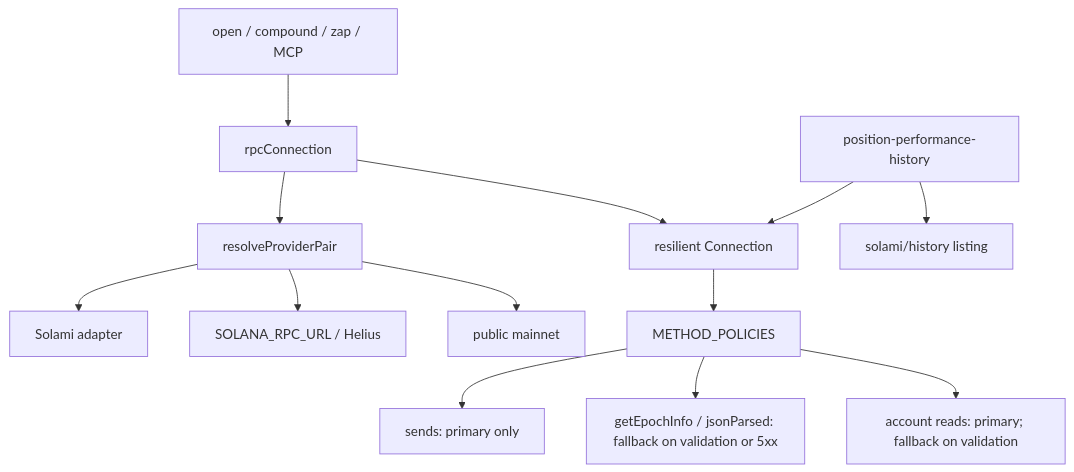
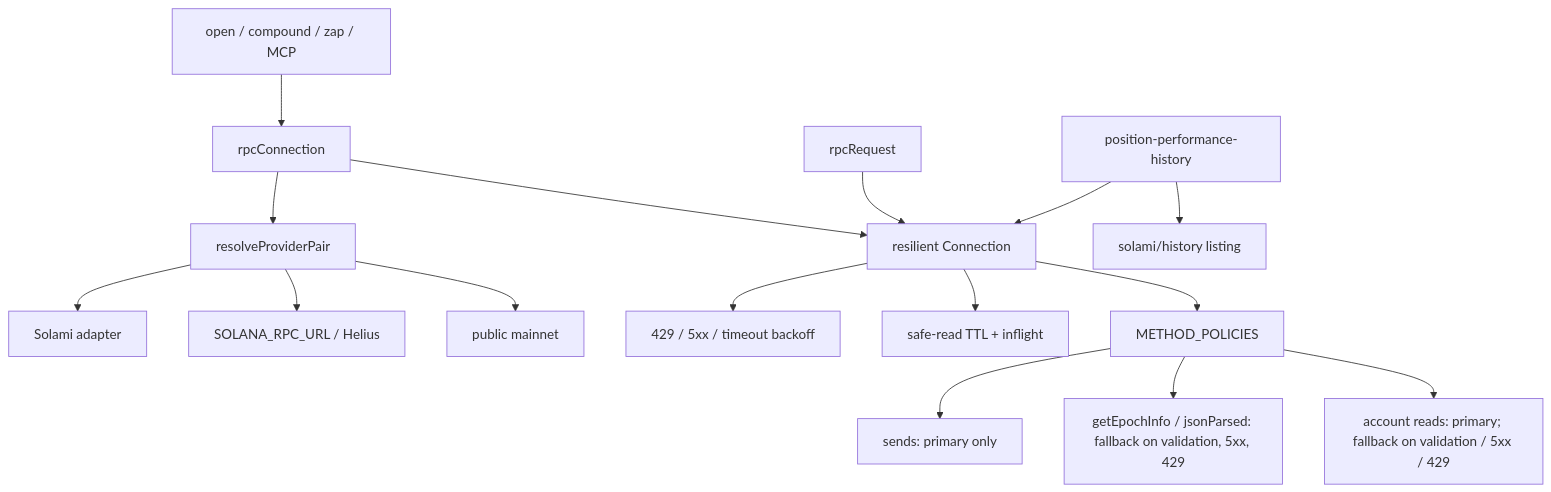
The second of 2 diagrams in README.md (truenorth-lj/sofinance-public), drawn with Mermaid before and after one commit. The commit also changed other lines of this file and 26 other files, not shown here.

````diff
--- a/README.md
+++ b/README.md
@@ -282,15 +284,18 @@
 ```mermaid
 flowchart TD
   callers[open / compound / zap / MCP] --> rpcConnection
   rpcConnection --> pair[resolveProviderPair]
   pair --> solami[Solami adapter]
   pair --> generic[SOLANA_RPC_URL / Helius]
   pair --> pub[public mainnet]
   rpcConnection --> proxy[resilient Connection]
+  rpcRequest --> proxy
+  proxy --> retry[429 / 5xx / timeout backoff]
+  proxy --> cache[safe-read TTL + inflight]
   proxy --> policies[METHOD_POLICIES]
   policies --> send[sends: primary only]
-  policies --> epoch[getEpochInfo / jsonParsed: fallback on validation or 5xx]
-  policies --> reads[account reads: primary; fallback on validation]
+  policies --> epoch[getEpochInfo / jsonParsed: fallback on validation, 5xx, 429]
+  policies --> reads[account reads: primary; fallback on validation / 5xx / 429]
   history[position-performance-history] --> solamiHist[solami/history listing]
   history --> proxy
 ```
````
